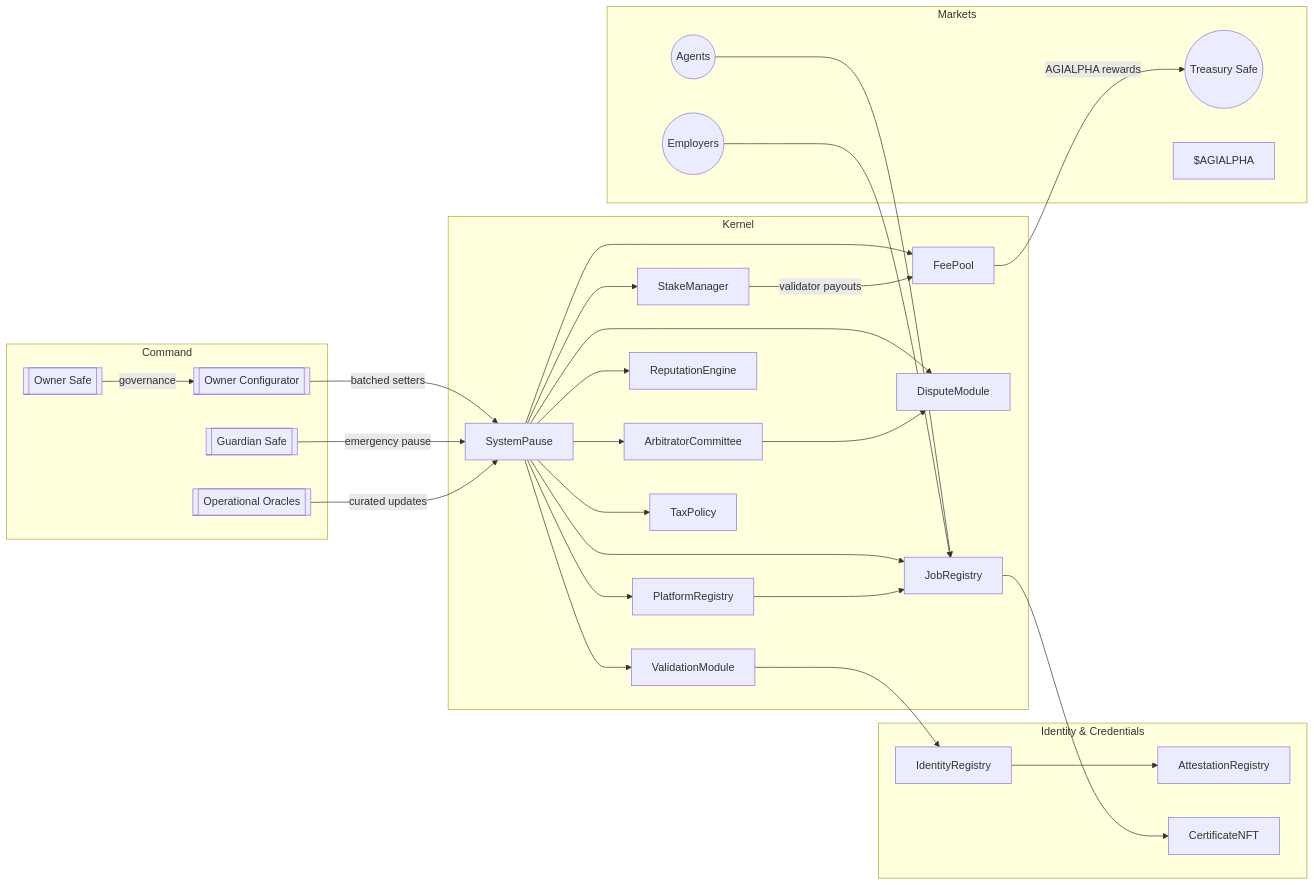
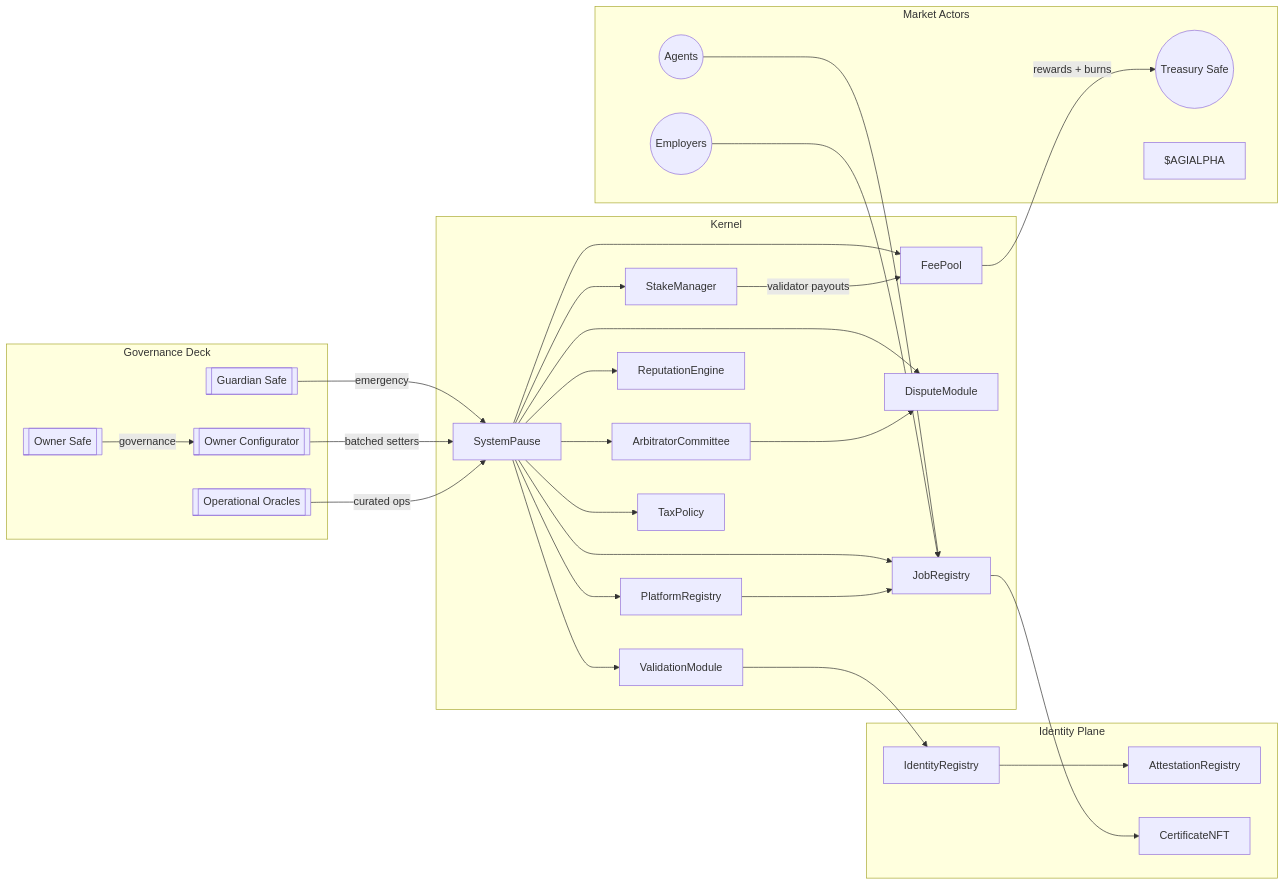
One commit to MontrealAI/agijobs-sovereign-labor-v0p1 changed the second of 4 diagrams in hardhat/README.md. Above: the diagram before and after it, drawn with Mermaid. The commit also changed other lines of this file, not shown here.

````diff
--- a/hardhat/README.md
+++ b/hardhat/README.md
@@ -84,47 +87,47 @@
 ```mermaid
 flowchart LR
-    subgraph Command
+    subgraph Governance Deck
         Owner[[Owner Safe]]
         Guardian[[Guardian Safe]]
+        Configurator[[Owner Configurator]]
         Operators[[Operational Oracles]]
-        Configurator[[Owner Configurator]]
     end
     subgraph Kernel
         Pause[SystemPause]
+        Jobs[JobRegistry]
         Stake[StakeManager]
-        Jobs[JobRegistry]
         Valid[ValidationModule]
         Dispute[DisputeModule]
         Platform[PlatformRegistry]
+        Fee[FeePool]
         Reputation[ReputationEngine]
         Committee[ArbitratorCommittee]
-        FeePool[FeePool]
         Tax[TaxPolicy]
     end
-    subgraph IdentityPlane[Identity & Credentials]
+    subgraph Identity Plane
         Identity[IdentityRegistry]
         Attest[AttestationRegistry]
         Cert[CertificateNFT]
     end
-    subgraph Markets
+    subgraph Market Actors
         Workers((Agents))
         Employers((Employers))
         Treasury((Treasury Safe))
         Token[$AGIALPHA]
     end
 
     Owner -->|governance| Configurator
+    Guardian -->|emergency| Pause
     Configurator -->|batched setters| Pause
-    Guardian -->|emergency pause| Pause
-    Operators -->|curated updates| Pause
-    Pause --> Jobs & Stake & Valid & Dispute & Platform & FeePool & Reputation & Committee & Tax
+    Operators -->|curated ops| Pause
+    Pause --> Jobs & Stake & Valid & Dispute & Platform & Fee & Reputation & Committee & Tax
     Jobs --> Cert
     Valid --> Identity
     Identity --> Attest
     Platform --> Jobs
-    FeePool -->|AGIALPHA rewards| Treasury
-    Stake -->|validator payouts| FeePool
+    Fee -->|rewards + burns| Treasury
+    Stake -->|validator payouts| Fee
     Committee --> Dispute
     Workers --> Jobs
     Employers --> Jobs
 ```
````
